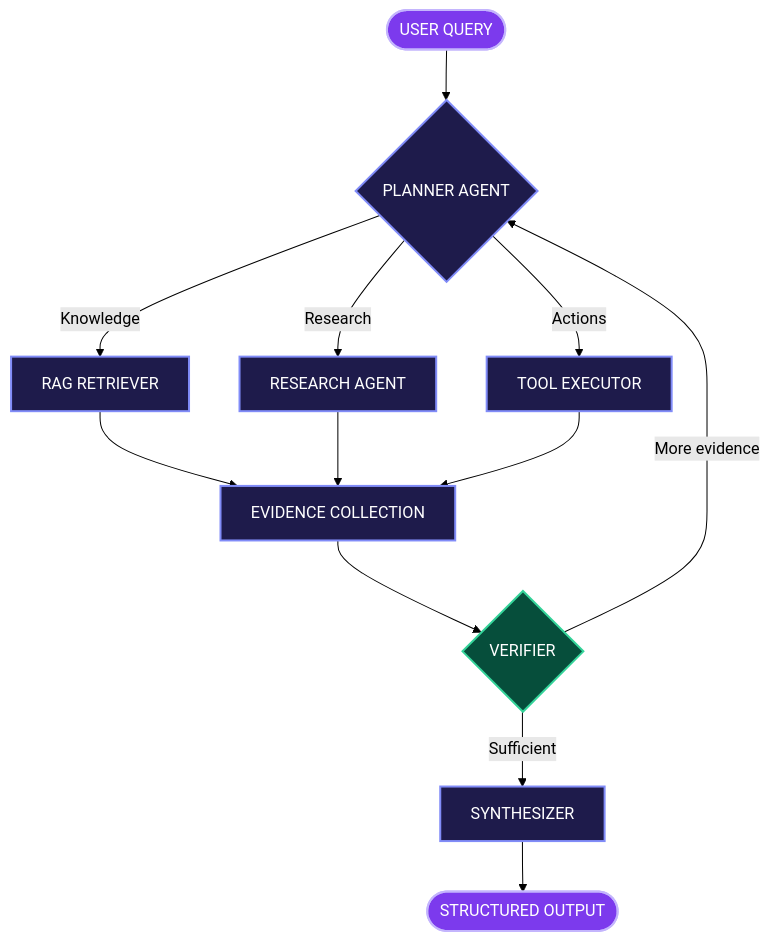
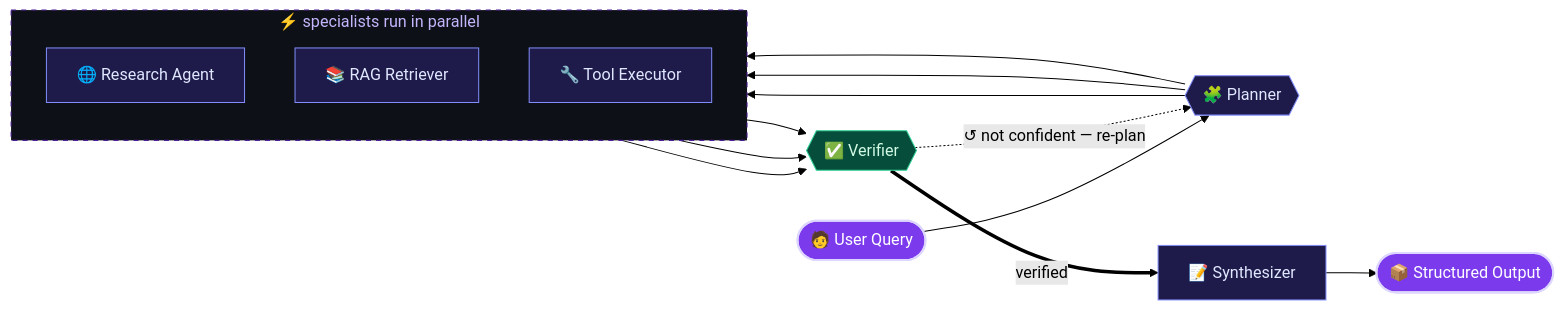
One commit to Subham999100/Subham999100 changed the first of 3 diagrams in README.md. Above: the diagram before and after it, drawn with Mermaid (forest theme). The commit also changed other lines of this file, not shown here.

````diff
--- a/README.md
+++ b/README.md
@@ -390,27 +64,25 @@
 ```mermaid
-flowchart TD
-    U(["USER QUERY"]) --> P{"PLANNER AGENT"}
+flowchart LR
+    Q([🧑 User Query]) --> P{{🧩 Planner}}
 
-    P -->|"Knowledge"| R["RAG RETRIEVER"]
-    P -->|"Research"| W["RESEARCH AGENT"]
-    P -->|"Actions"| T["TOOL EXECUTOR"]
+    subgraph SPECIALISTS [" ⚡ specialists run in parallel "]
+        direction TB
+        R[🌐 Research Agent]
+        K[📚 RAG Retriever]
+        T[🔧 Tool Executor]
+    end
 
-    R --> E["EVIDENCE COLLECTION"]
-    W --> E
-    T --> E
+    P --> R & K & T
+    R & K & T --> V{{✅ Verifier}}
+    V -.->|"↺ not confident — re-plan"| P
+    V ==>|verified| S[📝 Synthesizer]
+    S --> O([📦 Structured Output])
 
-    E --> V{"VERIFIER"}
-
-    V -->|"More evidence"| P
-    V -->|"Sufficient"| S["SYNTHESIZER"]
-
-    S --> O(["STRUCTURED OUTPUT"])
-
-    classDef input fill:#7C3AED,stroke:#C4B5FD,color:#FFFFFF,stroke-width:2px
-    classDef agent fill:#1E1B4B,stroke:#818CF8,color:#FFFFFF,stroke-width:2px
-    classDef verify fill:#064E3B,stroke:#34D399,color:#FFFFFF,stroke-width:2px
-
-    class U,O input
-    class P,R,W,T,E,S agent
-    class V verify
+    classDef io fill:#7C3AED,stroke:#DDD6FE,color:#fff,stroke-width:2px
+    classDef agent fill:#1E1B4B,stroke:#818CF8,color:#E0E7FF
+    classDef check fill:#064E3B,stroke:#34D399,color:#D1FAE5
+    class Q,O io
+    class P,R,K,T,S agent
+    class V check
+    style SPECIALISTS fill:#0D1117,stroke:#4C1D95,stroke-dasharray:5 5,color:#C4B5FD
 ```
````
